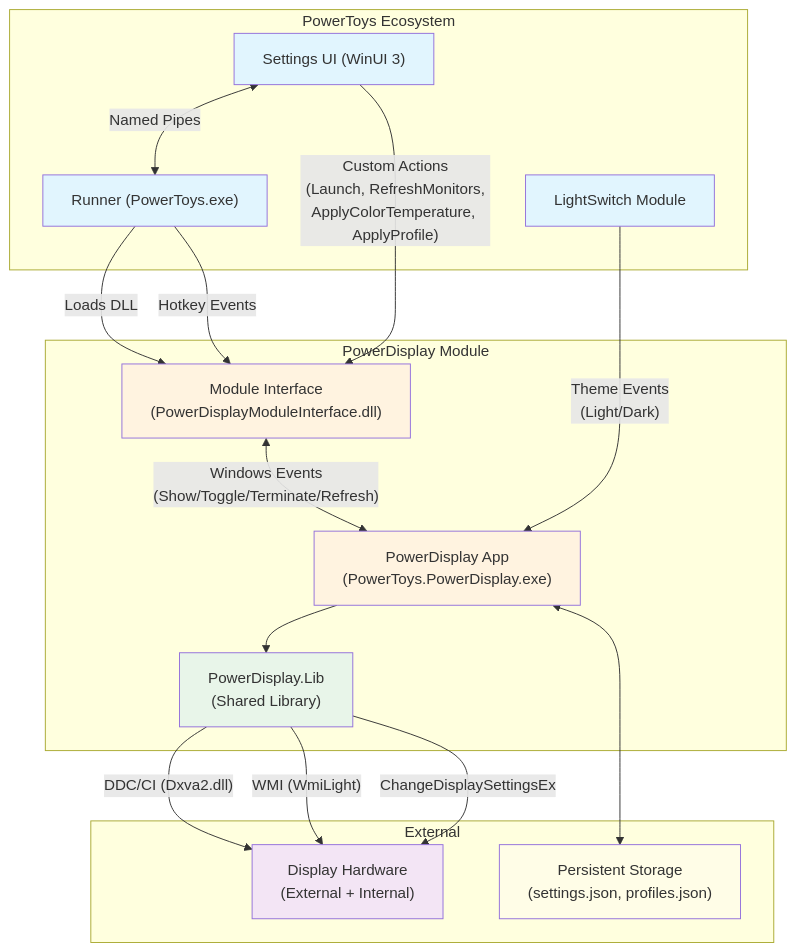
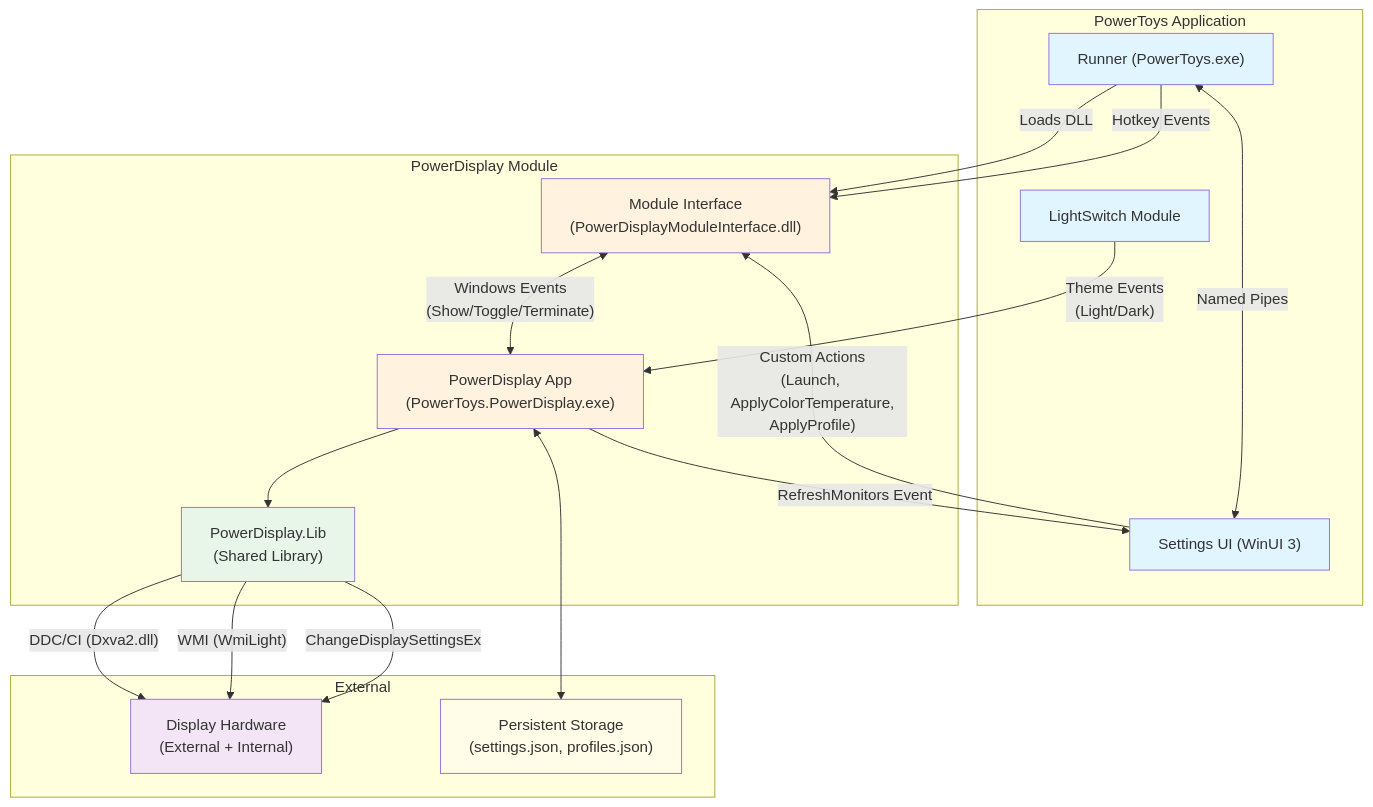
One commit to microsoft/PowerToys changed the first of 21 diagrams in doc/devdocs/modules/powerdisplay/design.md. Above: the diagram before and after it, drawn with Mermaid. The commit also changed other lines of this file and 2 other files, not shown here.

First line of the commit message:
Refactor: update docs, diagrams, and PnpIdHelper namespace

````diff
--- a/doc/devdocs/modules/powerdisplay/design.md
+++ b/doc/devdocs/modules/powerdisplay/design.md
@@ -114,42 +114,43 @@
 ```mermaid
 flowchart TB
-    subgraph PowerToys["PowerToys Ecosystem"]
+    subgraph PowerToys["PowerToys Application"]
         Runner["Runner (PowerToys.exe)"]
         SettingsUI["Settings UI (WinUI 3)"]
         LightSwitch["LightSwitch Module"]
     end
 
     subgraph PowerDisplayModule["PowerDisplay Module"]
         ModuleInterface["Module Interface<br/>(PowerDisplayModuleInterface.dll)"]
         PowerDisplayApp["PowerDisplay App<br/>(PowerToys.PowerDisplay.exe)"]
         PowerDisplayLib["PowerDisplay.Lib<br/>(Shared Library)"]
     end
 
     subgraph External["External"]
         Hardware["Display Hardware<br/>(External + Internal)"]
         Storage["Persistent Storage<br/>(settings.json, profiles.json)"]
     end
 
     Runner -->|"Loads DLL"| ModuleInterface
     Runner -->|"Hotkey Events"| ModuleInterface
     SettingsUI <-->|"Named Pipes"| Runner
-    SettingsUI -->|"Custom Actions<br/>(Launch, RefreshMonitors,<br/>ApplyColorTemperature, ApplyProfile)"| ModuleInterface
+    SettingsUI -->|"Custom Actions<br/>(Launch, ApplyColorTemperature,<br/>ApplyProfile)"| ModuleInterface
 
-    ModuleInterface <-->|"Windows Events<br/>(Show/Toggle/Terminate/Refresh)"| PowerDisplayApp
+    ModuleInterface <-->|"Windows Events<br/>(Show/Toggle/Terminate)"| PowerDisplayApp
+    PowerDisplayApp -->|"RefreshMonitors Event"| SettingsUI
     LightSwitch -->|"Theme Events<br/>(Light/Dark)"| PowerDisplayApp
 
     PowerDisplayApp --> PowerDisplayLib
     PowerDisplayLib -->|"DDC/CI (Dxva2.dll)"| Hardware
     PowerDisplayLib -->|"WMI (WmiLight)"| Hardware
     PowerDisplayLib -->|"ChangeDisplaySettingsEx"| Hardware
     PowerDisplayApp <--> Storage
 
     style Runner fill:#e1f5fe
     style SettingsUI fill:#e1f5fe
     style LightSwitch fill:#e1f5fe
     style ModuleInterface fill:#fff3e0
     style PowerDisplayApp fill:#fff3e0
     style PowerDisplayLib fill:#e8f5e9
     style Hardware fill:#f3e5f5
     style Storage fill:#fffde7
 ```
````
